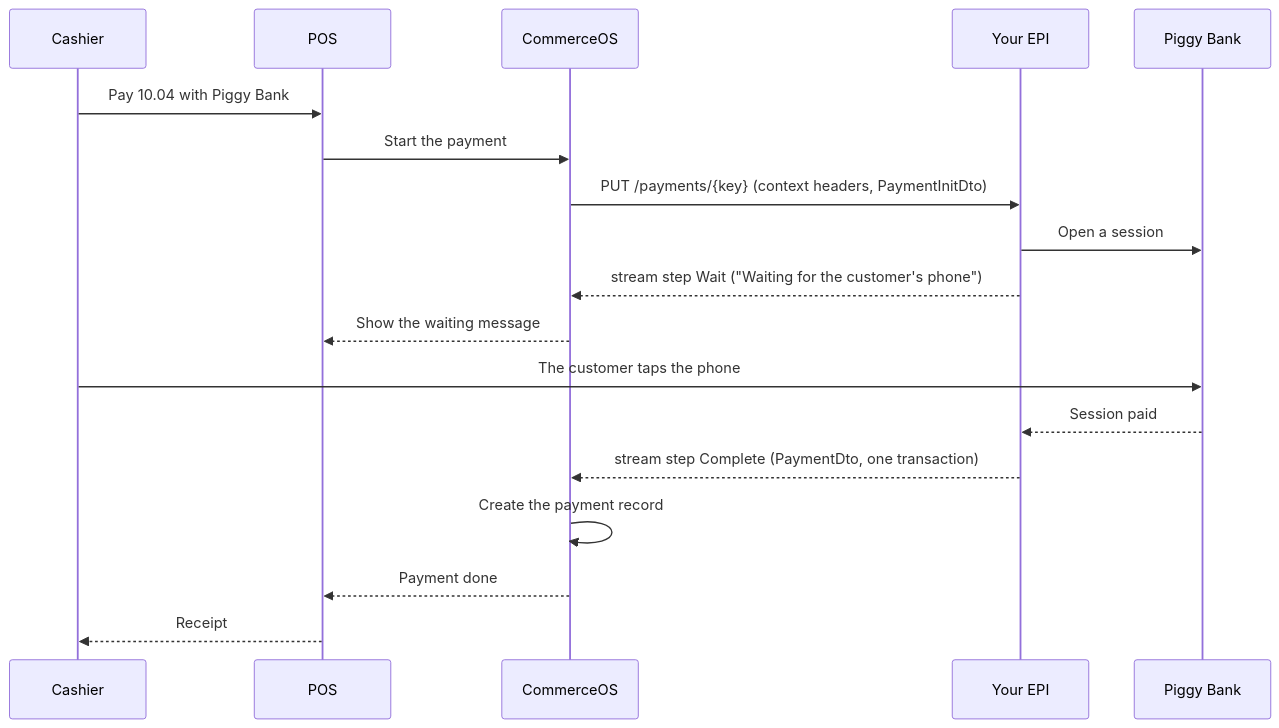
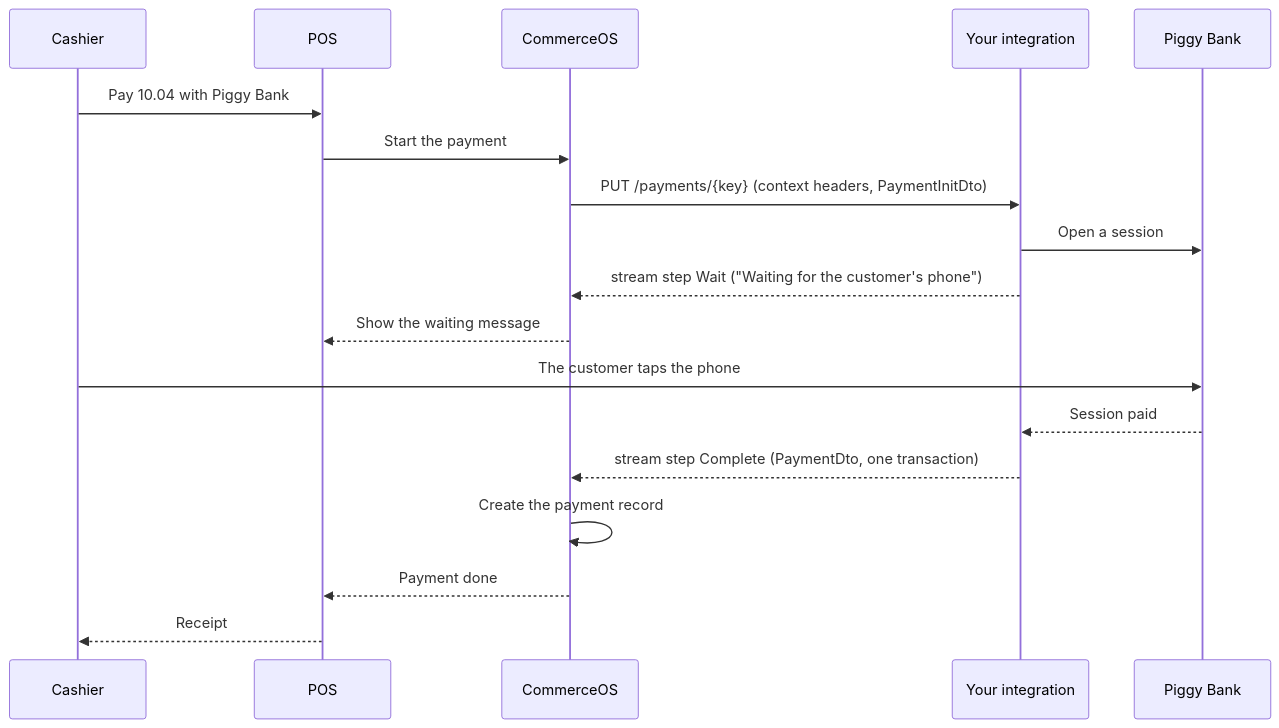
The first of 2 diagrams in guide/examples/payment-epi.md (ByHeads/commerceos-api-reference), drawn with Mermaid before and after one commit. The commit also changed other lines of this file and 19 other files, not shown here.

First line of the commit message:
docs(payment-epi): the partner builds an integration, and its credential comes from install

````diff
--- a/guide/examples/payment-epi.md
+++ b/guide/examples/payment-epi.md
@@ -19,20 +20,20 @@
 ```mermaid
 sequenceDiagram
     participant Cashier
     participant POS
     participant CommerceOS
-    participant EPI as Your EPI
+    participant Integration as Your integration
     participant Bank as Piggy Bank
     Cashier->>POS: Pay 10.04 with Piggy Bank
     POS->>CommerceOS: Start the payment
-    CommerceOS->>EPI: PUT /payments/{key} (context headers, PaymentInitDto)
-    EPI->>Bank: Open a session
-    EPI-->>CommerceOS: stream step Wait ("Waiting for the customer's phone")
+    CommerceOS->>Integration: PUT /payments/{key} (context headers, PaymentInitDto)
+    Integration->>Bank: Open a session
+    Integration-->>CommerceOS: stream step Wait ("Waiting for the customer's phone")
     CommerceOS-->>POS: Show the waiting message
     Cashier->>Bank: The customer taps the phone
-    Bank-->>EPI: Session paid
-    EPI-->>CommerceOS: stream step Complete (PaymentDto, one transaction)
+    Bank-->>Integration: Session paid
+    Integration-->>CommerceOS: stream step Complete (PaymentDto, one transaction)
     CommerceOS->>CommerceOS: Create the payment record
     CommerceOS-->>POS: Payment done
     POS-->>Cashier: Receipt
 ```
````
